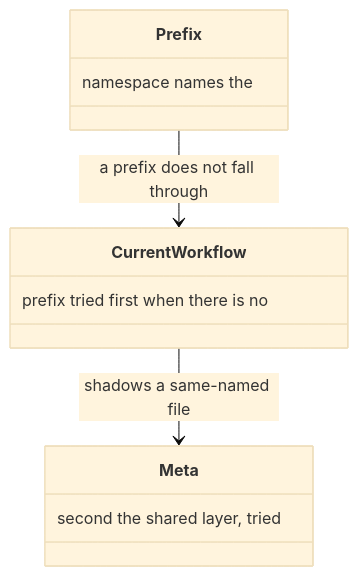
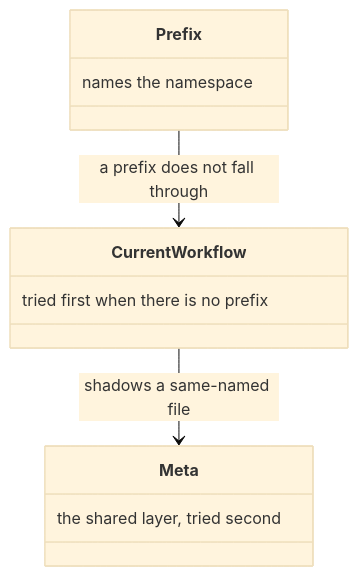
Before and after one commit to m2ux/workflow-server: diagram 22 of 34 in docs/resolution.md, drawn with Mermaid (base theme). The commit also changed other lines of this file and 10 other files, not shown here.

Commit message:
Write each class-box note in reading order so the diagram shows the phrase as written.

````diff
--- a/docs/resolution.md
+++ b/docs/resolution.md
@@ -433,14 +433,14 @@
 ```mermaid
 classDiagram
   class Prefix {
-    namespace names the
+    names the namespace
   }
   class CurrentWorkflow {
-    prefix tried first when there is no
+    tried first when there is no prefix
   }
   class Meta {
-    second the shared layer, tried
+    the shared layer, tried second
   }
   Prefix --> CurrentWorkflow : a prefix does not fall through
   CurrentWorkflow --> Meta : shadows a same-named file
 ```
````
